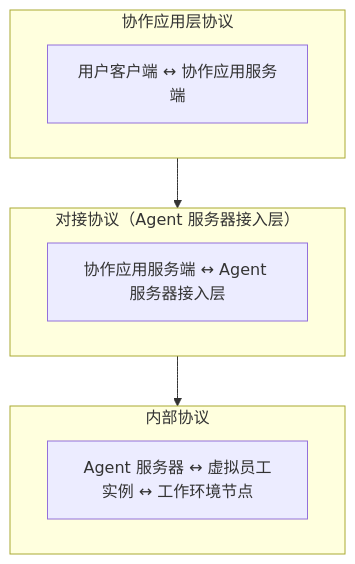
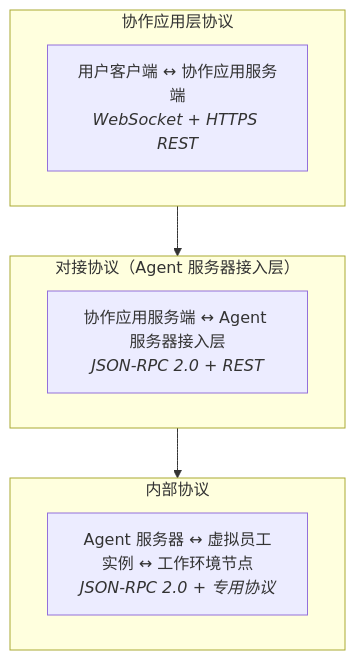
The diagram in virtual-team/src/11-protocol-and-integration.md (chongyi/virtual-team-architecture), drawn with Mermaid before and after one commit. The commit also changed other lines of this file and 7 other files, not shown here.

````diff
--- a/virtual-team/src/11-protocol-and-integration.md
+++ b/virtual-team/src/11-protocol-and-integration.md
@@ -7,16 +7,16 @@
 ```mermaid
 flowchart TD
     subgraph layer1["协作应用层协议"]
-        l1["用户客户端 ↔ 协作应用服务端"]
+        l1["用户客户端 ↔ 协作应用服务端<br/><i>WebSocket + HTTPS REST</i>"]
     end
 
     subgraph layer2["对接协议（Agent 服务器接入层）"]
-        l2["协作应用服务端 ↔ Agent 服务器接入层"]
+        l2["协作应用服务端 ↔ Agent 服务器接入层<br/><i>JSON-RPC 2.0 + REST</i>"]
     end
 
     subgraph layer3["内部协议"]
-        l3["Agent 服务器 ↔ 虚拟员工实例 ↔ 工作环境节点"]
+        l3["Agent 服务器 ↔ 虚拟员工实例 ↔ 工作环境节点<br/><i>JSON-RPC 2.0 + 专用协议</i>"]
     end
 
     layer1 --> layer2 --> layer3
 ```
````
